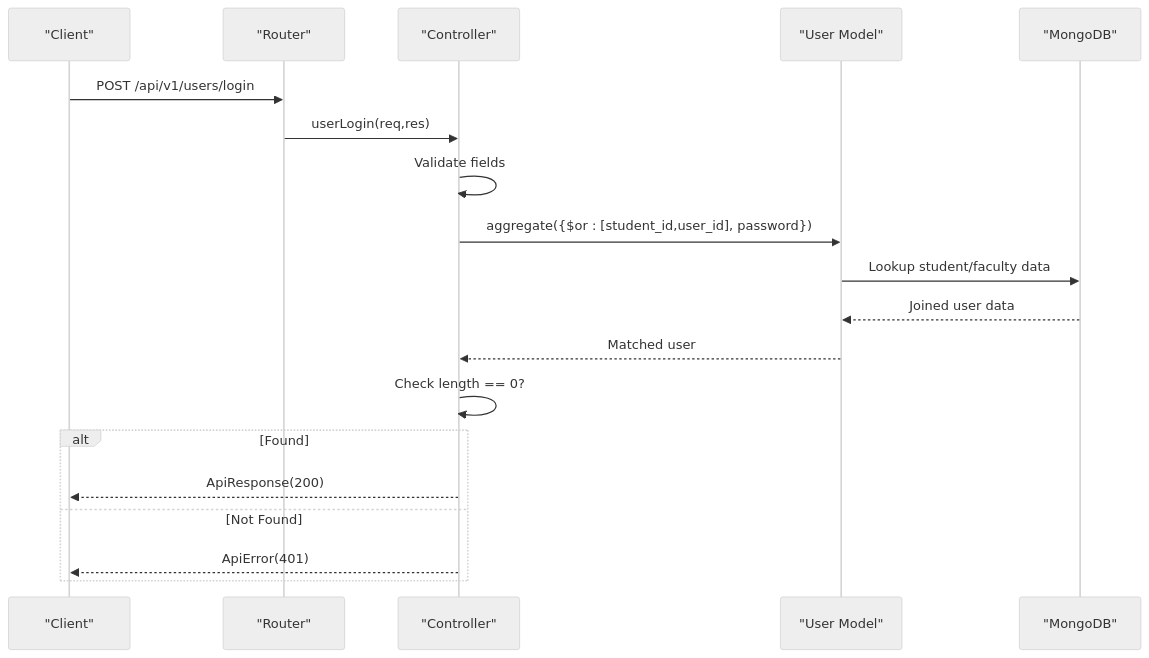
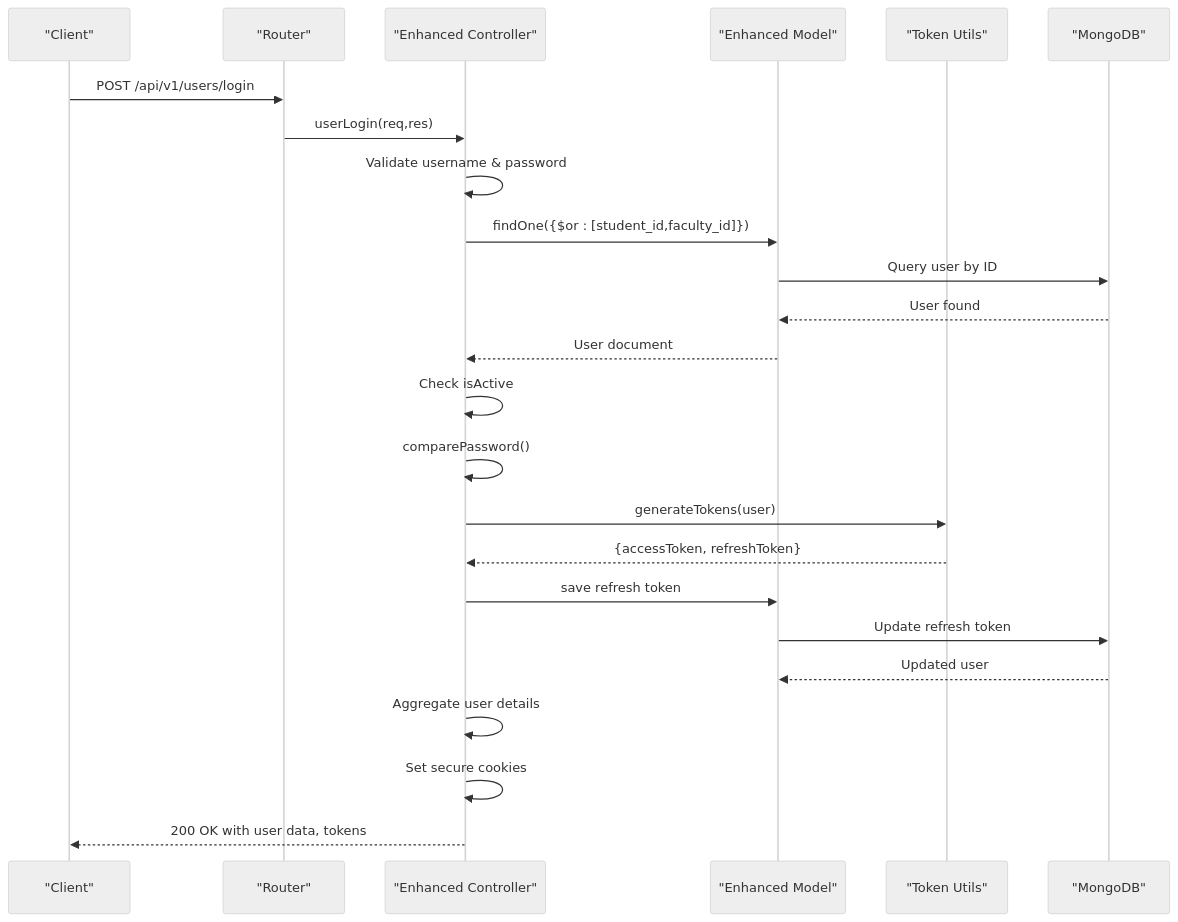
The fourth of 8 diagrams in .qoder/repowiki/en/content/Authentication & Authorization/Backend Authentication Controller.md (Aryan9060/Timetable-Project), drawn with Mermaid (neutral theme) before and after one commit. The commit also changed other lines of this file and 21 other files, not shown here.

````diff
--- a/.qoder/repowiki/en/content/Authentication & Authorization/Backend Authentication Controller.md
+++ b/.qoder/repowiki/en/content/Authentication & Authorization/Backend Authentication Controller.md
@@ -176,21 +213,26 @@
 ```mermaid
 sequenceDiagram
 participant Client as "Client"
 participant Router as "Router"
-participant Ctrl as "Controller"
-participant Model as "User Model"
+participant Ctrl as "Enhanced Controller"
+participant Model as "Enhanced Model"
+participant TokenUtil as "Token Utils"
 participant DB as "MongoDB"
 Client->>Router : POST /api/v1/users/login
 Router->>Ctrl : userLogin(req,res)
-Ctrl->>Ctrl : Validate fields
-Ctrl->>Model : aggregate({$or : [student_id,user_id], password})
-Model->>DB : Lookup student/faculty data
-DB-->>Model : Joined user data
-Model-->>Ctrl : Matched user
-Ctrl->>Ctrl : Check length == 0?
-alt Found
-Ctrl-->>Client : ApiResponse(200)
-else Not Found
-Ctrl-->>Client : ApiError(401)
-end
+Ctrl->>Ctrl : Validate username & password
+Ctrl->>Model : findOne({$or : [student_id,faculty_id]})
+Model->>DB : Query user by ID
+DB-->>Model : User found
+Model-->>Ctrl : User document
+Ctrl->>Ctrl : Check isActive
+Ctrl->>Ctrl : comparePassword()
+Ctrl->>TokenUtil : generateTokens(user)
+TokenUtil-->>Ctrl : {accessToken, refreshToken}
+Ctrl->>Model : save refresh token
+Model->>DB : Update refresh token
+DB-->>Model : Updated user
+Ctrl->>Ctrl : Aggregate user details
+Ctrl->>Ctrl : Set secure cookies
+Ctrl-->>Client : 200 OK with user data, tokens
 ```
````
